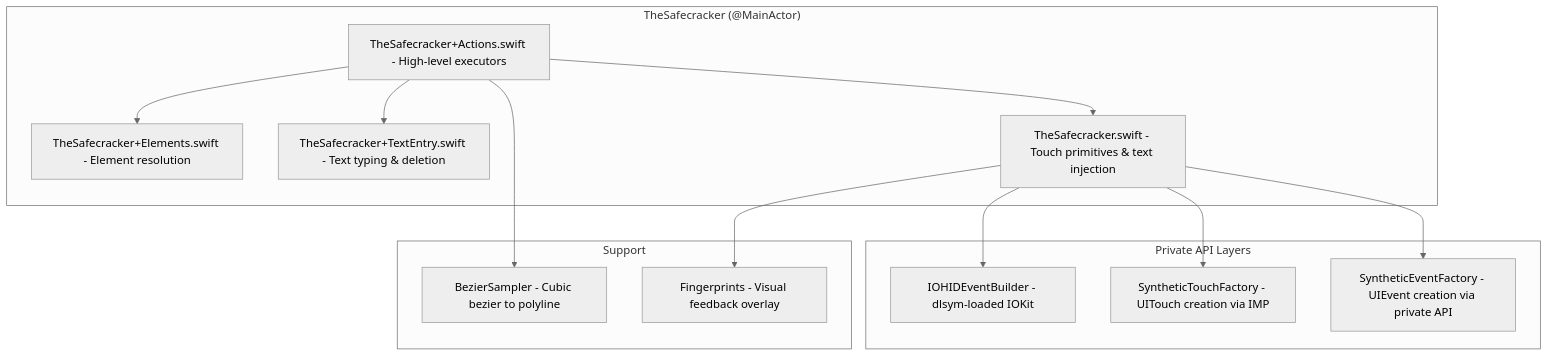
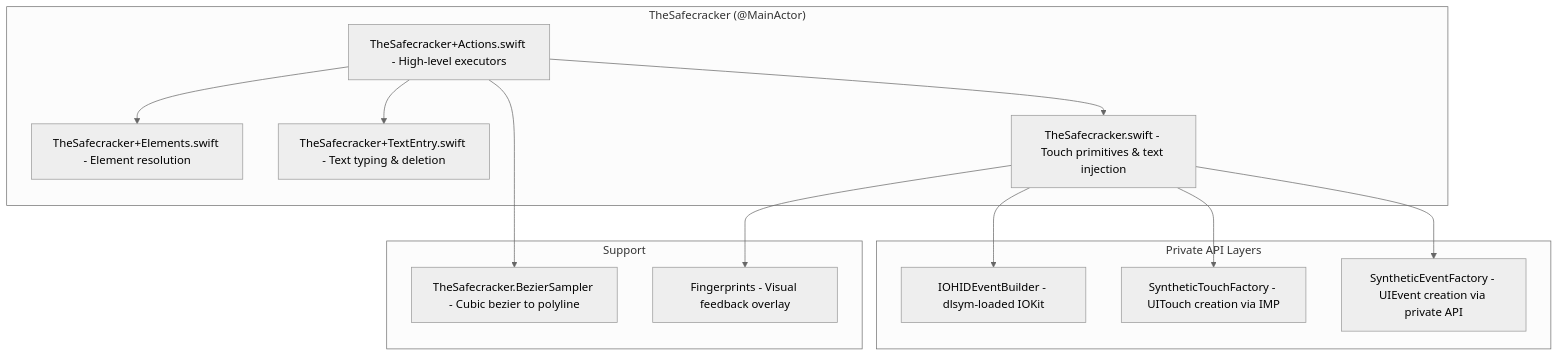
Before and after one commit to RoyalPineapple/TheButtonHeist: the first of 5 diagrams in docs/dossiers/03-THESAFECRACKER.md, drawn with Mermaid (neutral theme). The commit also changed other lines of this file and 11 other files, not shown here.

````diff
--- a/docs/dossiers/03-THESAFECRACKER.md
+++ b/docs/dossiers/03-THESAFECRACKER.md
@@ -21,29 +21,29 @@
 ```mermaid
 graph TD
     subgraph TheSafecracker["TheSafecracker (@MainActor)"]
         Actions["TheSafecracker+Actions.swift - High-level executors"]
         Elements["TheSafecracker+Elements.swift - Element resolution"]
         TextEntry["TheSafecracker+TextEntry.swift - Text typing & deletion"]
         Core["TheSafecracker.swift - Touch primitives & text injection"]
     end
 
     subgraph PrivateAPIs["Private API Layers"]
         IOHID["IOHIDEventBuilder - dlsym-loaded IOKit"]
         TouchFactory["SyntheticTouchFactory - UITouch creation via IMP"]
         EventFactory["SyntheticEventFactory - UIEvent creation via private API"]
     end
 
     subgraph Support["Support"]
-        Bezier["BezierSampler - Cubic bezier to polyline"]
+        Bezier["TheSafecracker.BezierSampler - Cubic bezier to polyline"]
         FP["Fingerprints - Visual feedback overlay"]
     end
 
     Actions --> Core
     Actions --> Elements
     Actions --> TextEntry
     Core --> IOHID
     Core --> TouchFactory
     Core --> EventFactory
     Actions --> Bezier
     Core --> FP
 ```
````
